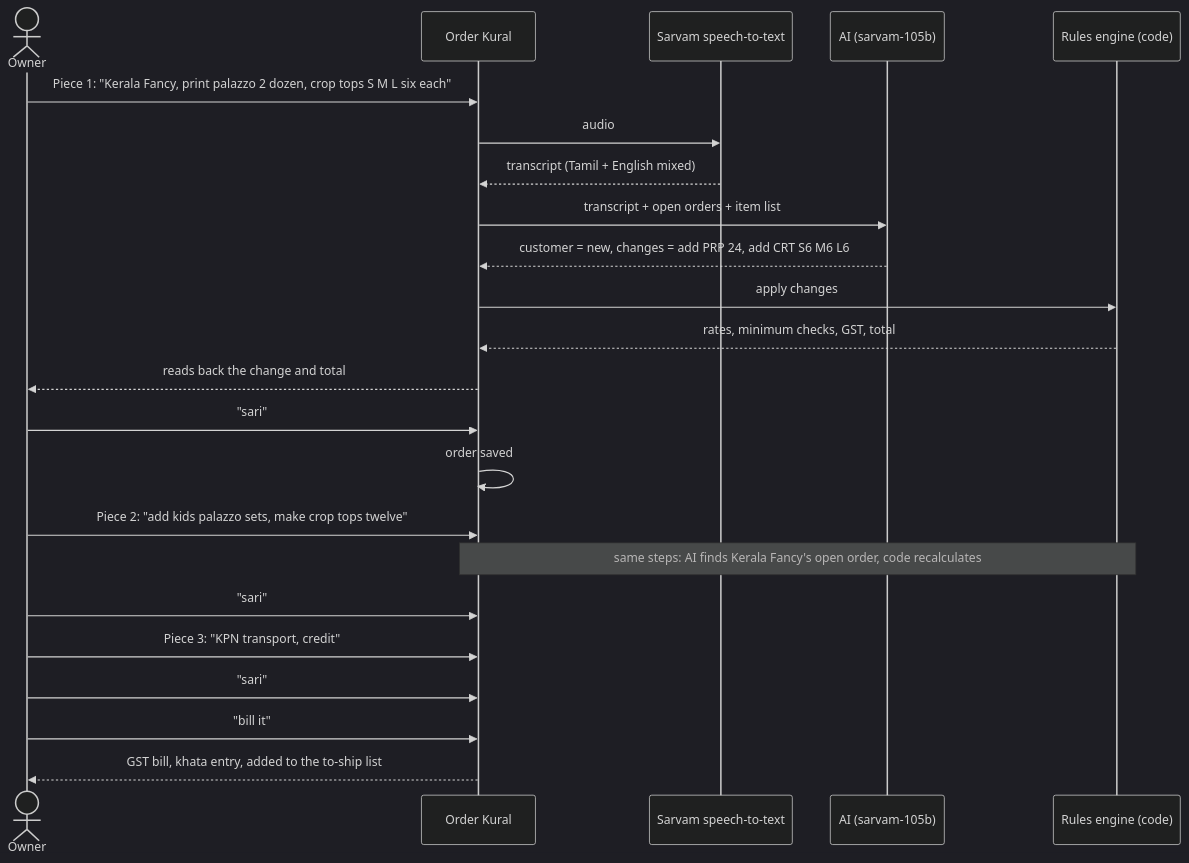
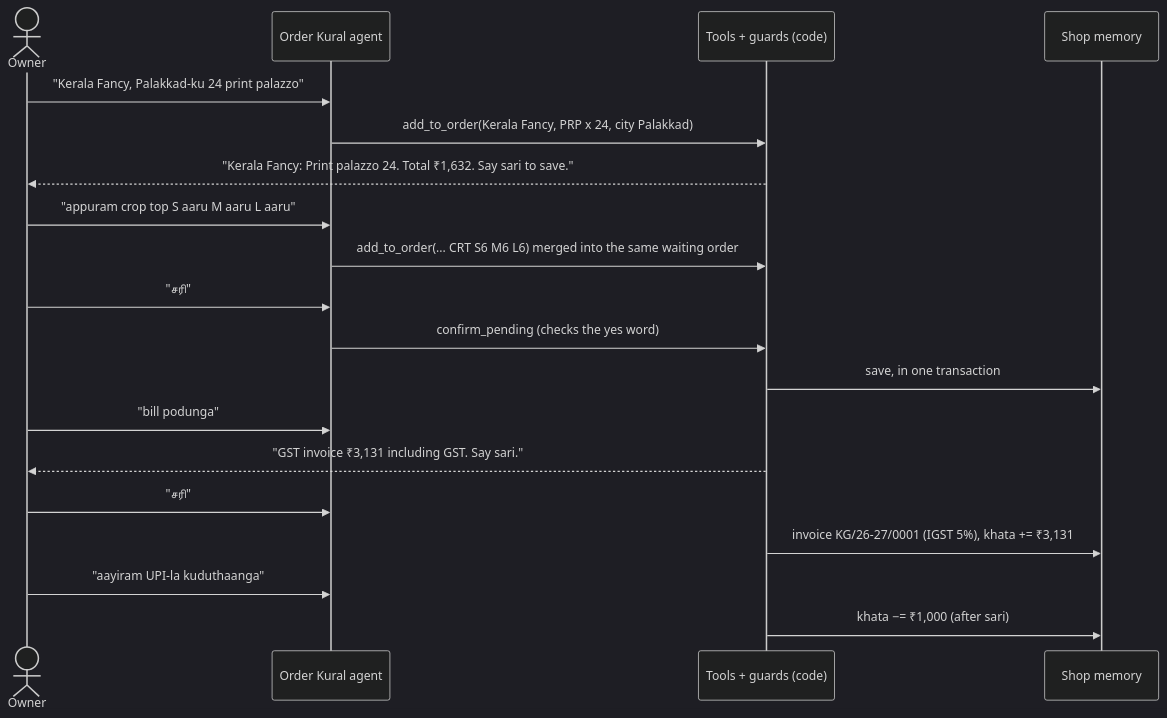
Before and after one commit to kb2326/order-kural: the second of 3 diagrams in README.md, drawn with Mermaid (dark theme). The commit also changed other lines of this file and 2 other files, not shown here.

Commit message:
docs: README for the voice agent, GST invoice, khata, guards and eval

````diff
--- a/README.md
+++ b/README.md
@@ -71,28 +135,22 @@
 ```mermaid
 sequenceDiagram
     actor Owner
-    participant App as Order Kural
-    participant STT as Sarvam speech-to-text
-    participant AI as AI (sarvam-105b)
-    participant Rules as Rules engine (code)
+    participant Agent as Order Kural agent
+    participant Code as Tools + guards (code)
+    participant DB as Shop memory
 
-    Owner->>App: Piece 1: "Kerala Fancy, print palazzo 2 dozen, crop tops S M L six each"
-    App->>STT: audio
-    STT-->>App: transcript (Tamil + English mixed)
-    App->>AI: transcript + open orders + item list
-    AI-->>App: customer = new, changes = add PRP 24, add CRT S6 M6 L6
-    App->>Rules: apply changes
-    Rules-->>App: rates, minimum checks, GST, total
-    App-->>Owner: reads back the change and total
-    Owner->>App: "sari"
-    App->>App: order saved
-
-    Owner->>App: Piece 2: "add kids palazzo sets, make crop tops twelve"
-    Note over App,Rules: same steps: AI finds Kerala Fancy's open order, code recalculates
-    Owner->>App: "sari"
-
-    Owner->>App: Piece 3: "KPN transport, credit"
-    Owner->>App: "sari"
-    Owner->>App: "bill it"
-    App-->>Owner: GST bill, khata entry, added to the to-ship list
+    Owner->>Agent: "Kerala Fancy, Palakkad-ku 24 print palazzo"
+    Agent->>Code: add_to_order(Kerala Fancy, PRP x 24, city Palakkad)
+    Code-->>Owner: "Kerala Fancy: Print palazzo 24. Total ₹1,632. Say sari to save."
+    Owner->>Agent: "appuram crop top S aaru M aaru L aaru"
+    Agent->>Code: add_to_order(... CRT S6 M6 L6)  merged into the same waiting order
+    Owner->>Agent: "சரி"
+    Agent->>Code: confirm_pending (checks the yes word)
+    Code->>DB: save, in one transaction
+    Owner->>Agent: "bill podunga"
+    Code-->>Owner: "GST invoice ₹3,131 including GST. Say sari."
+    Owner->>Agent: "சரி"
+    Code->>DB: invoice KG/26-27/0001 (IGST 5%), khata += ₹3,131
+    Owner->>Agent: "aayiram UPI-la kuduthaanga"
+    Code->>DB: khata −= ₹1,000 (after sari)
 ```
````
